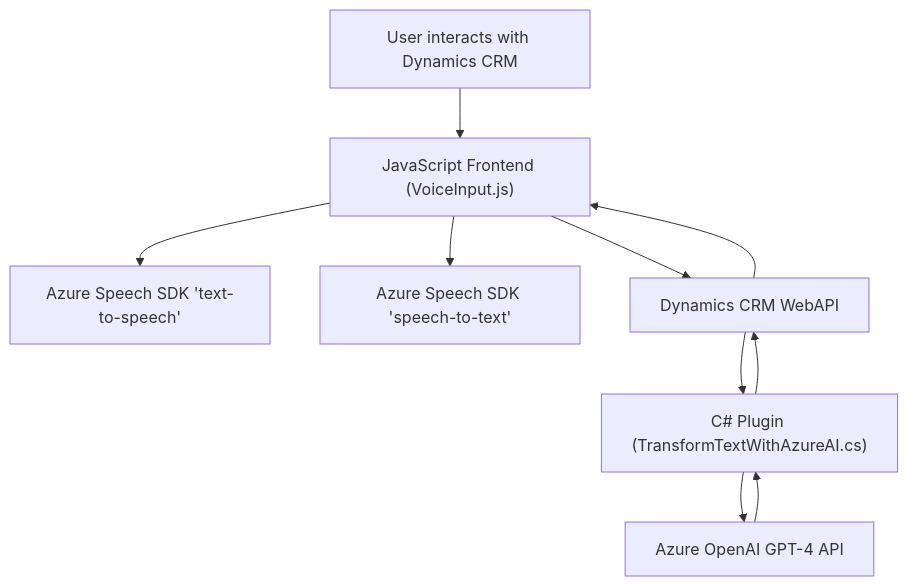
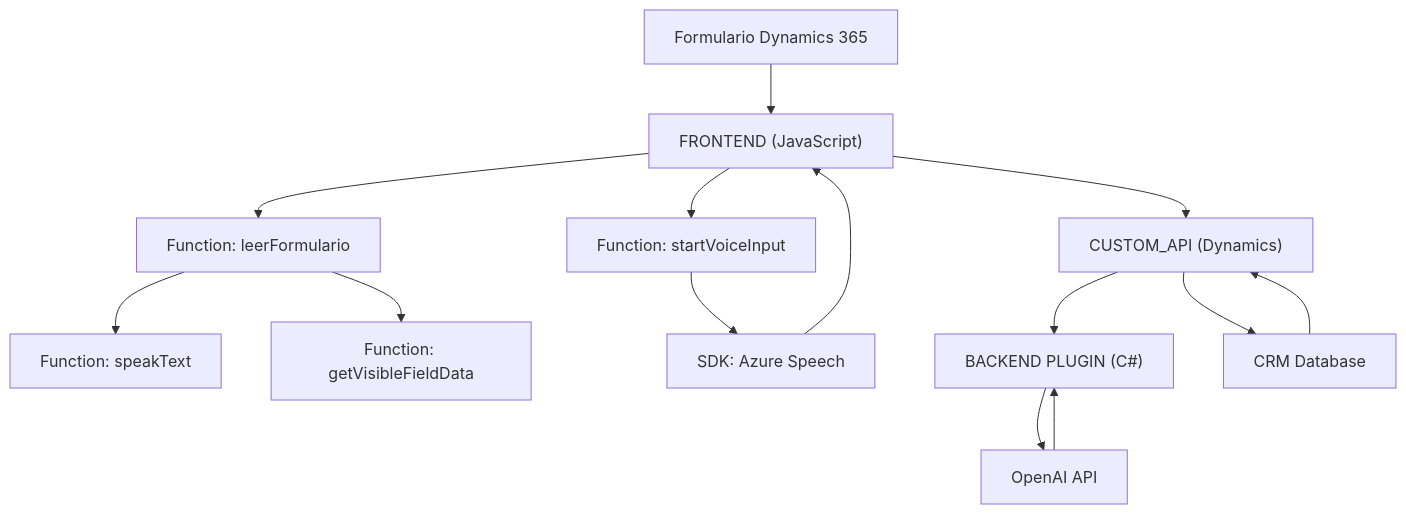
The diagram in README.md (blopezdm/NETCORE_BILBAO2025), drawn with Mermaid before and after one commit. The commit also changed other lines of this file, not shown here.

````diff
--- a/README.md
+++ b/README.md
@@ -47,12 +50,28 @@
 ```mermaid
 graph TD
-  A["User interacts with Dynamics CRM"] --> B["JavaScript Frontend (VoiceInput.js)"]
-  B --> C["Azure Speech SDK 'text-to-speech'"]
-  B --> D["Azure Speech SDK 'speech-to-text'"]
-  B --> E["Dynamics CRM WebAPI"]
-  E --> F["C# Plugin (TransformTextWithAzureAI.cs)"]
-  F --> G["Azure OpenAI GPT-4 API"]
-  G --> F
-  F --> E
-  E --> B
+    A["Formulario Dynamics 365"]
+    B["FRONTEND (JavaScript)"]
+    C["Function: startVoiceInput"]
+    D["Function: leerFormulario"]
+    E["Function: speakText"]
+    F["Function: getVisibleFieldData"]
+    G["SDK: Azure Speech"]
+    H["CUSTOM_API (Dynamics)"]
+    I["BACKEND PLUGIN (C#)"]
+    J["OpenAI API"]
+    K["CRM Database"]
+
+    A-->B
+    B-->C
+    C-->G
+    B-->D
+    D-->E
+    D-->F
+    G-->B
+    B-->H
+    H-->K
+    K-->H
+    H-->I
+    I-->J
+    J-->I
 ```
````
